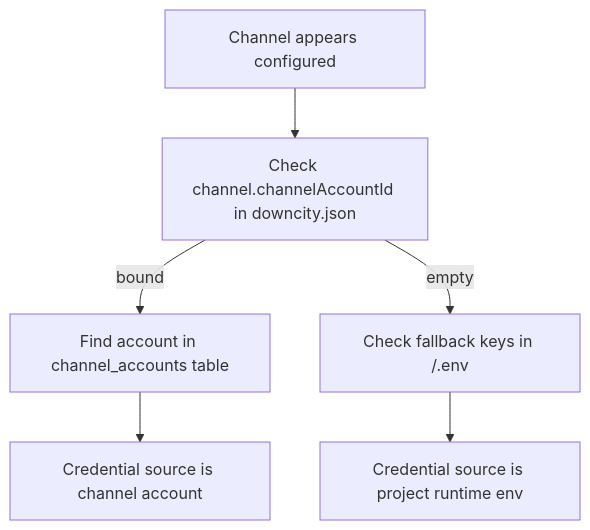
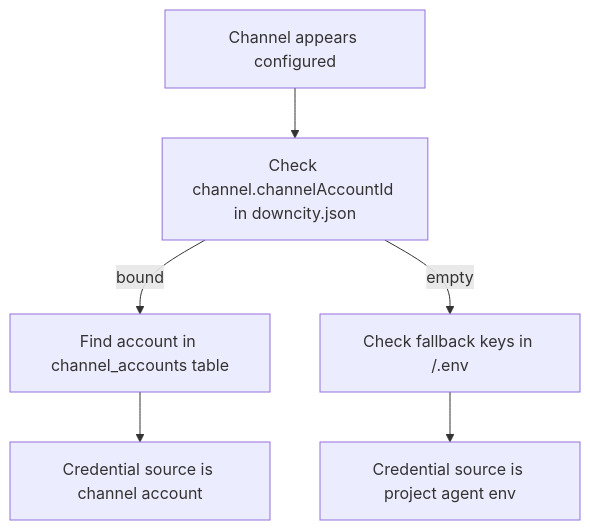
Before and after one commit to wangenius/downcity: the second of 2 diagrams in homepage/content/docs/en/configuration/environment-variables.mdx, drawn with Mermaid. The commit also changed other lines of this file and 123 other files, not shown here.

````diff
--- a/homepage/content/docs/en/configuration/environment-variables.mdx
+++ b/homepage/content/docs/en/configuration/environment-variables.mdx
@@ -111,8 +111,8 @@
 ```mermaid
 flowchart TD
   A["Channel appears configured"] --> B["Check channel.channelAccountId in downcity.json"]
   B -->|bound| C["Find account in channel_accounts table"]
   B -->|empty| D["Check fallback keys in <agent>/.env"]
   C --> E["Credential source is channel account"]
-  D --> F["Credential source is project runtime env"]
+  D --> F["Credential source is project agent env"]
 ```
````
